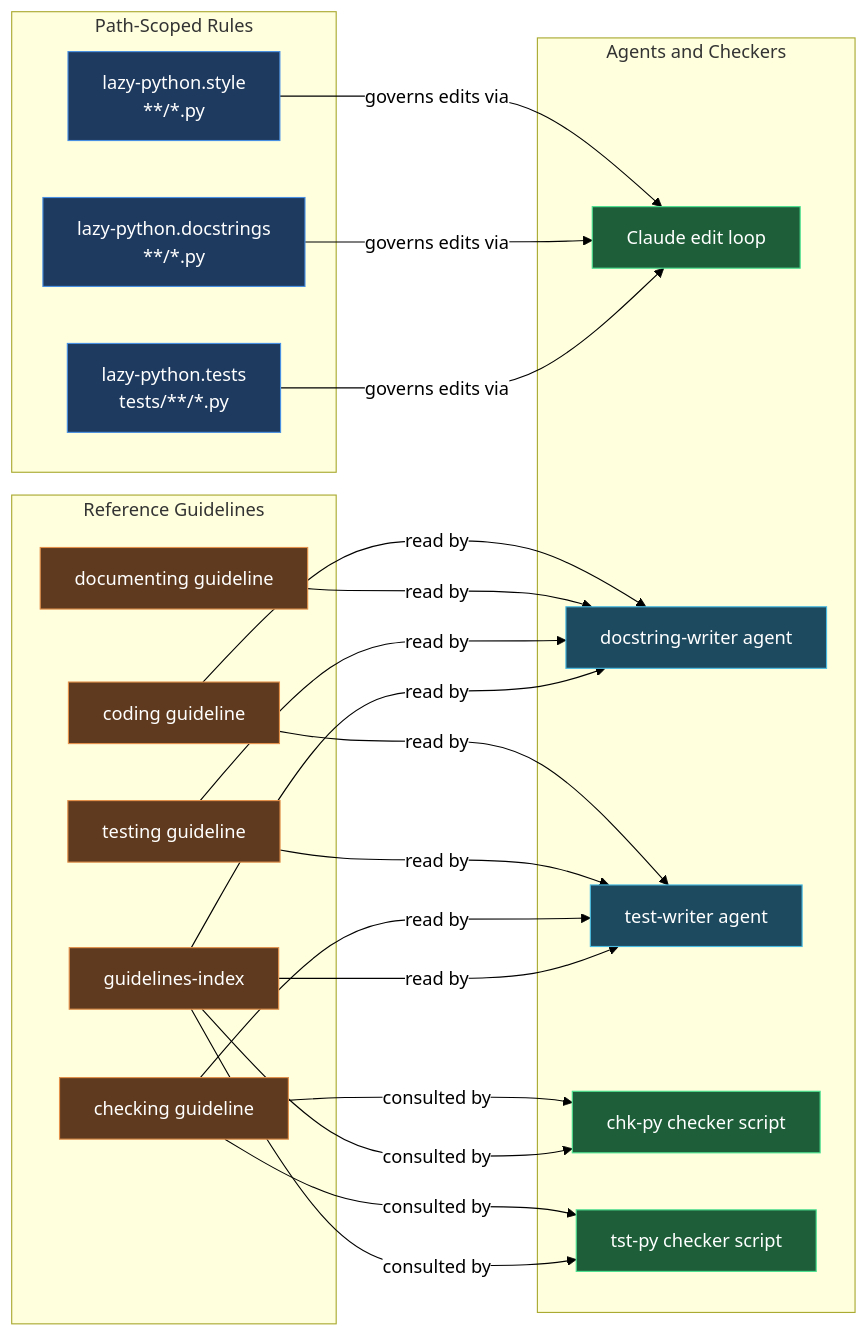
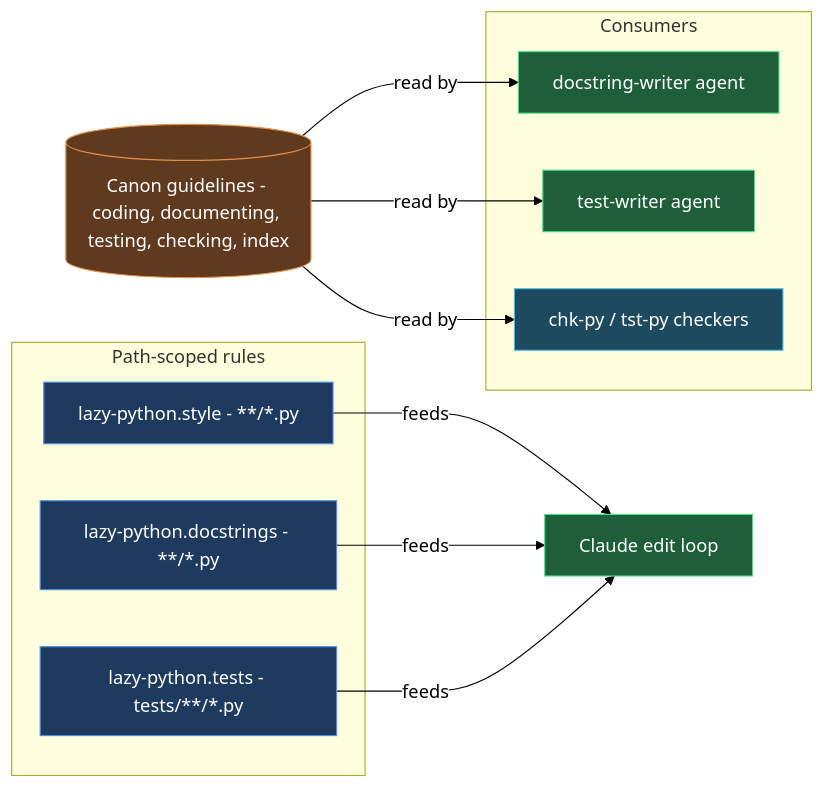
One commit to mebius-san/lazy-cortex changed the diagram in claude/lazycortex-python/help/discipline.md. Above: the diagram before and after it, drawn with Mermaid. The commit also changed other lines of this file and 40 other files, not shown here.

````diff
--- a/claude/lazycortex-python/help/discipline.md
+++ b/claude/lazycortex-python/help/discipline.md
@@ -69,63 +74,40 @@
 ```mermaid
 %%{init: {'themeVariables':{'background':'transparent','lineColor':'#000','textColor':'#000','edgeLabelBackground':'#fff'},'themeCSS':'.edgeLabel{background-color:transparent!important}.edgeLabel p{background-color:transparent!important}','flowchart':{'diagramPadding':5,'useMaxWidth':true}}}%%
 flowchart LR
-  subgraph rules [Path-Scoped Rules]
-    styleRule[lazy-python.style\n**/*.py]
-    docstringRule[lazy-python.docstrings\n**/*.py]
-    testsRule[lazy-python.tests\ntests/**/*.py]
+  subgraph pathRules [Path-scoped rules]
+    styleRule[lazy-python.style - **/*.py]
+    docstringRule[lazy-python.docstrings - **/*.py]
+    testsRule[lazy-python.tests - tests/**/*.py]
   end
 
-  subgraph references [Reference Guidelines]
-    codingRef[coding guideline]
-    documentingRef[documenting guideline]
-    testingRef[testing guideline]
-    checkingRef[checking guideline]
-    guidelinesIndex[guidelines-index]
+  editLoop[Claude edit loop]
+
+  canonGuidelines[(Canon guidelines - coding, documenting, testing, checking, index)]
+
+  subgraph consumers [Consumers]
+    docstringWriter[docstring-writer agent]
+    testWriter[test-writer agent]
+    checkers[chk-py / tst-py checkers]
   end
 
-  subgraph agents [Agents and Checkers]
-    editLoop[Claude edit loop]
-    docstringAgent[docstring-writer agent]
-    testAgent[test-writer agent]
-    chkPy[chk-py checker script]
-    tstPy[tst-py checker script]
-  end
-
-  styleRule -->|governs edits via| editLoop
-  docstringRule -->|governs edits via| editLoop
-  testsRule -->|governs edits via| editLoop
-
-  codingRef -->|read by| docstringAgent
-  documentingRef -->|read by| docstringAgent
-  testingRef -->|read by| docstringAgent
-  guidelinesIndex -->|read by| docstringAgent
-
-  codingRef -->|read by| testAgent
-  testingRef -->|read by| testAgent
-  checkingRef -->|read by| testAgent
-  guidelinesIndex -->|read by| testAgent
-
-  checkingRef -->|consulted by| chkPy
-  checkingRef -->|consulted by| tstPy
-  guidelinesIndex -->|consulted by| chkPy
-  guidelinesIndex -->|consulted by| tstPy
+  styleRule -->|feeds| editLoop
+  docstringRule -->|feeds| editLoop
+  testsRule -->|feeds| editLoop
+  canonGuidelines -->|read by| docstringWriter
+  canonGuidelines -->|read by| testWriter
+  canonGuidelines -->|read by| checkers
 
   classDef entry fill:#1e3a5f,stroke:#4a90e2,color:#fff
   classDef action fill:#1e5f3a,stroke:#4ae290,color:#fff
+  classDef store fill:#5f3a1e,stroke:#e2904a,color:#fff
   classDef service fill:#1e4a5f,stroke:#4abce2,color:#fff
-  classDef store fill:#5f3a1e,stroke:#e2904a,color:#fff
 
   class styleRule entry
   class docstringRule entry
   class testsRule entry
-  class codingRef store
-  class documentingRef store
-  class testingRef store
-  class checkingRef store
-  class guidelinesIndex store
   class editLoop action
-  class docstringAgent service
-  class testAgent service
-  class chkPy action
-  class tstPy action
+  class canonGuidelines store
+  class docstringWriter action
+  class testWriter action
+  class checkers service
 ```
````
